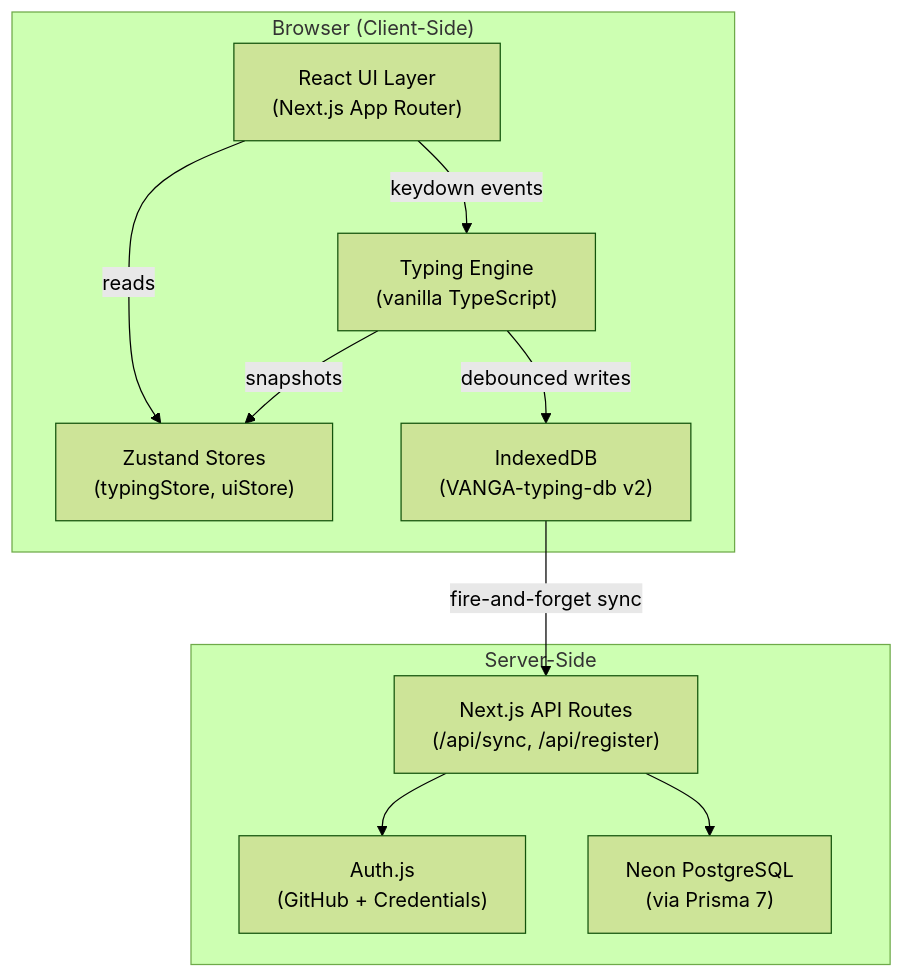
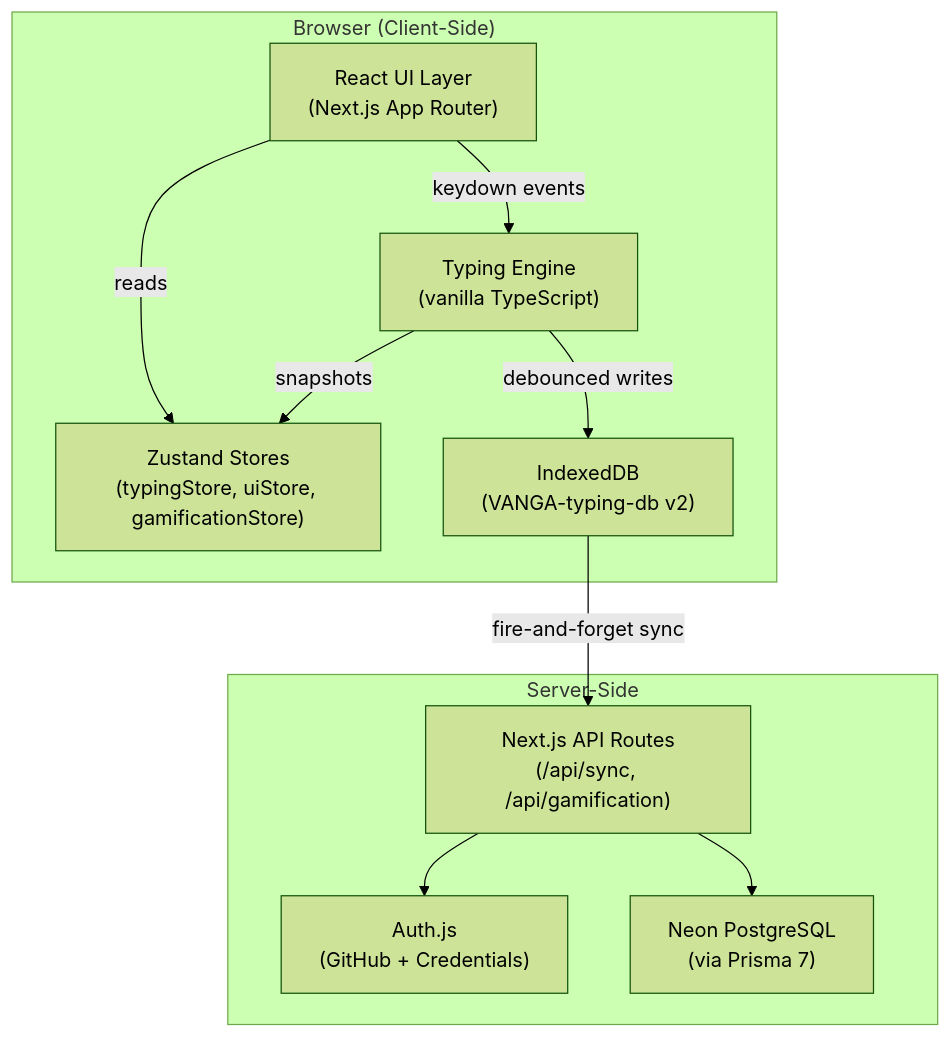
The diagram in docs/walkthrough.md (Unknown27s/VagaTypePanalam), drawn with Mermaid (forest theme) before and after one commit. The commit also changed other lines of this file and 7 other files, not shown here.

````diff
--- a/docs/walkthrough.md
+++ b/docs/walkthrough.md
@@ -32,23 +32,23 @@
 ```mermaid
 graph TD
     subgraph "Browser (Client-Side)"
         UI["React UI Layer<br/>(Next.js App Router)"]
-        ZS["Zustand Stores<br/>(typingStore, uiStore)"]
+        ZS["Zustand Stores<br/>(typingStore, uiStore, gamificationStore)"]
         ENG["Typing Engine<br/>(vanilla TypeScript)"]
         IDB["IndexedDB<br/>(VANGA-typing-db v2)"]
     end
 
     subgraph "Server-Side"
-        API["Next.js API Routes<br/>(/api/sync, /api/register)"]
+        API["Next.js API Routes<br/>(/api/sync, /api/gamification)"]
         AUTH["Auth.js<br/>(GitHub + Credentials)"]
         PG["Neon PostgreSQL<br/>(via Prisma 7)"]
     end
 
     UI -->|reads| ZS
     UI -->|keydown events| ENG
     ENG -->|snapshots| ZS
     ENG -->|debounced writes| IDB
     IDB -->|"fire-and-forget sync"| API
     API --> AUTH
     API --> PG
 ```
````
